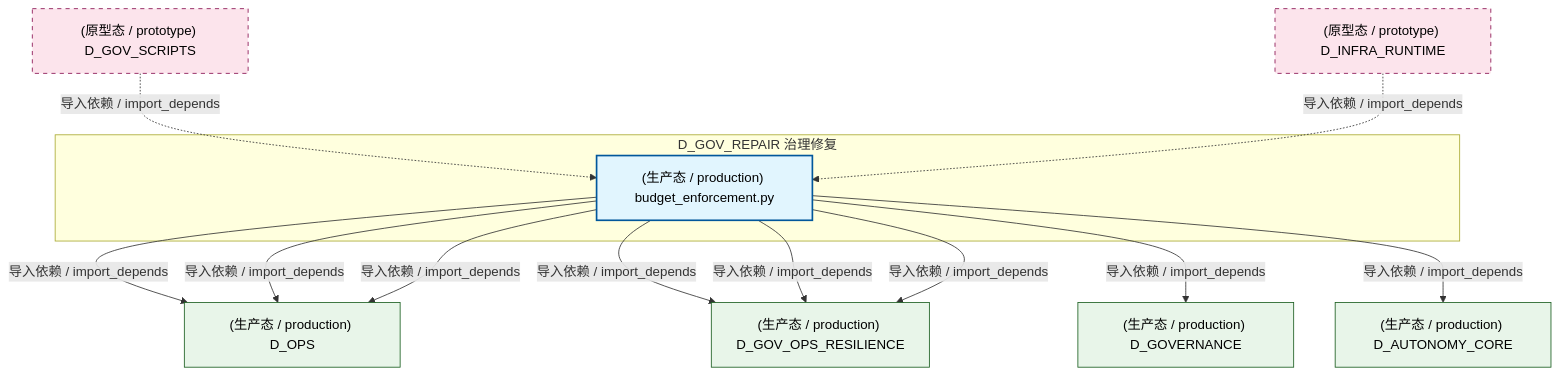
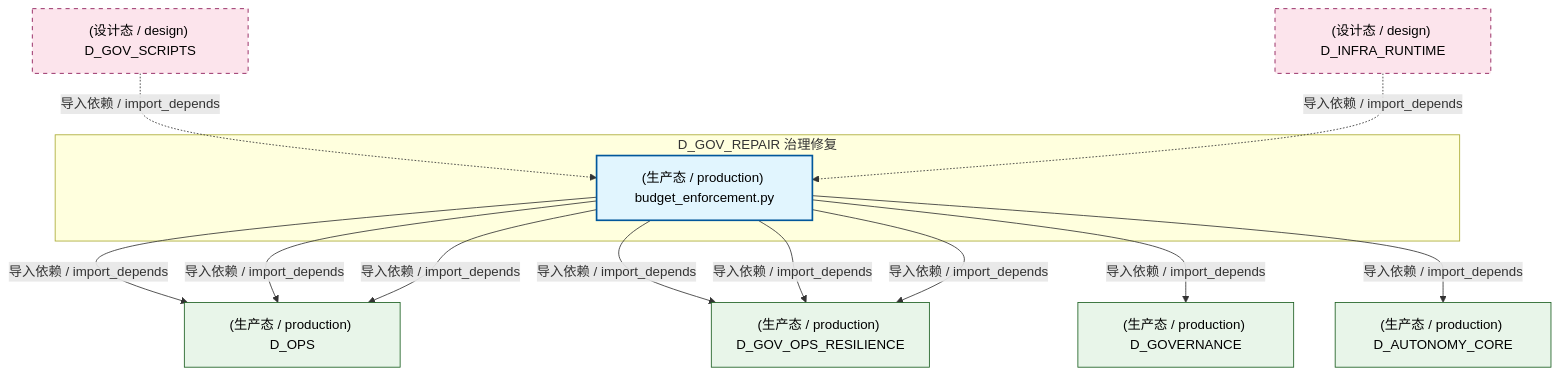
The second of 3 diagrams in docs/02_enterprise_architecture/02_domain_architecture_docs/44_d_gov_repair.md (xuanFelixVan/ZephyrAlpha), drawn with Mermaid before and after one commit. The commit also changed other lines of this file and 177 other files, not shown here.

````diff
--- a/docs/02_enterprise_architecture/02_domain_architecture_docs/44_d_gov_repair.md
+++ b/docs/02_enterprise_architecture/02_domain_architecture_docs/44_d_gov_repair.md
@@ -97,29 +96,29 @@
 ```mermaid
 graph TD
     subgraph D_GOV_REPAIR["D_GOV_REPAIR 治理修复"]
         src_zephyr_governance_financial_governance_budget_enforcement_py["(生产态 / production) budget_enforcement.py"]
     end
     D_OPS["(生产态 / production) D_OPS"]
     src_zephyr_governance_financial_governance_budget_enforcement_py -->|导入依赖 / import_depends| D_OPS
     D_GOV_OPS_RESILIENCE["(生产态 / production) D_GOV_OPS_RESILIENCE"]
     src_zephyr_governance_financial_governance_budget_enforcement_py -->|导入依赖 / import_depends| D_GOV_OPS_RESILIENCE
     D_GOVERNANCE["(生产态 / production) D_GOVERNANCE"]
     src_zephyr_governance_financial_governance_budget_enforcement_py -->|导入依赖 / import_depends| D_GOVERNANCE
     src_zephyr_governance_financial_governance_budget_enforcement_py -->|导入依赖 / import_depends| D_GOV_OPS_RESILIENCE
     D_AUTONOMY_CORE["(生产态 / production) D_AUTONOMY_CORE"]
     src_zephyr_governance_financial_governance_budget_enforcement_py -->|导入依赖 / import_depends| D_AUTONOMY_CORE
     src_zephyr_governance_financial_governance_budget_enforcement_py -->|导入依赖 / import_depends| D_OPS
     src_zephyr_governance_financial_governance_budget_enforcement_py -->|导入依赖 / import_depends| D_GOV_OPS_RESILIENCE
     src_zephyr_governance_financial_governance_budget_enforcement_py -->|导入依赖 / import_depends| D_OPS
-    D_GOV_SCRIPTS["(原型态 / prototype) D_GOV_SCRIPTS"]
+    D_GOV_SCRIPTS["(设计态 / design) D_GOV_SCRIPTS"]
     D_GOV_SCRIPTS -.->|导入依赖 / import_depends| src_zephyr_governance_financial_governance_budget_enforcement_py
-    D_INFRA_RUNTIME["(原型态 / prototype) D_INFRA_RUNTIME"]
+    D_INFRA_RUNTIME["(设计态 / design) D_INFRA_RUNTIME"]
     D_INFRA_RUNTIME -.->|导入依赖 / import_depends| src_zephyr_governance_financial_governance_budget_enforcement_py
     classDef production fill:#e1f5fe,stroke:#01579b,stroke-width:2px,color:#000
     classDef design fill:#fff3e0,stroke:#e65100,stroke-width:2px,color:#000,stroke-dasharray: 5 5
     classDef external_prod fill:#e8f5e9,stroke:#1b5e20,stroke-width:1px,color:#000
     classDef external_design fill:#fce4ec,stroke:#880e4f,stroke-width:1px,color:#000,stroke-dasharray: 5 5
     class src_zephyr_governance_financial_governance_budget_enforcement_py production
     class D_OPS,D_GOV_OPS_RESILIENCE,D_GOVERNANCE,D_AUTONOMY_CORE external_prod
     class D_GOV_SCRIPTS,D_INFRA_RUNTIME external_design
 ```
````
